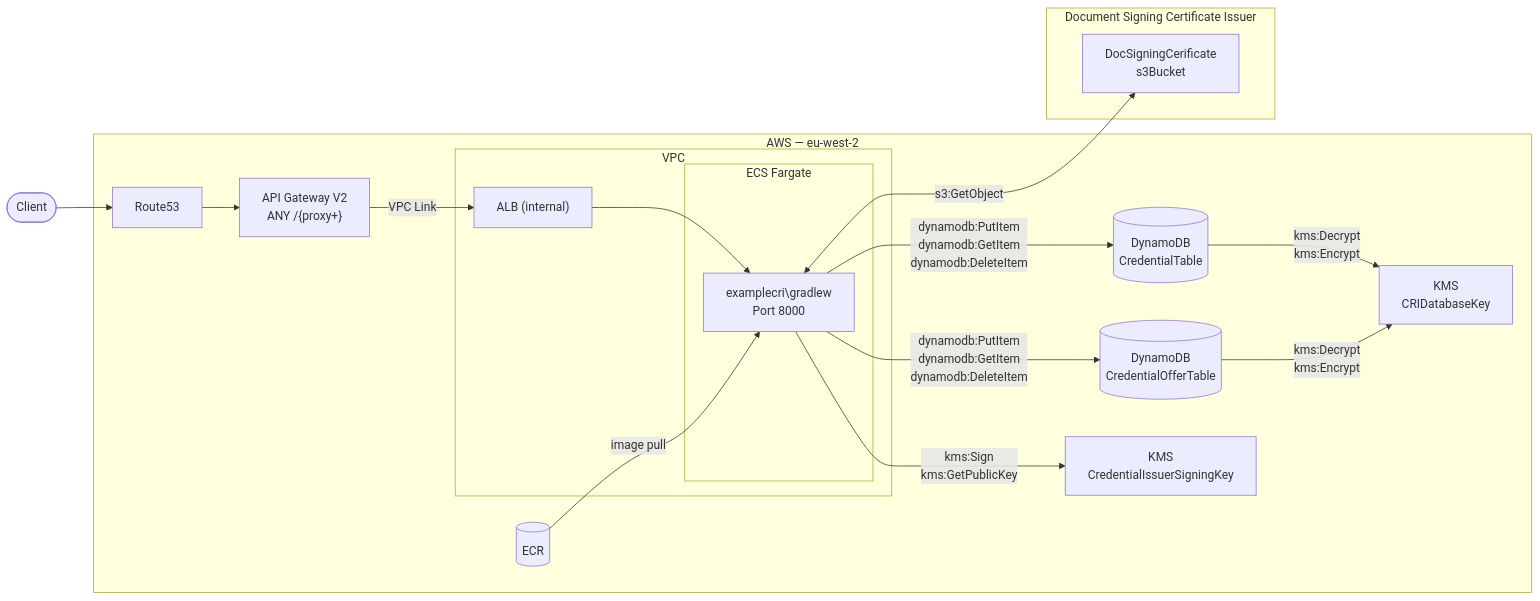
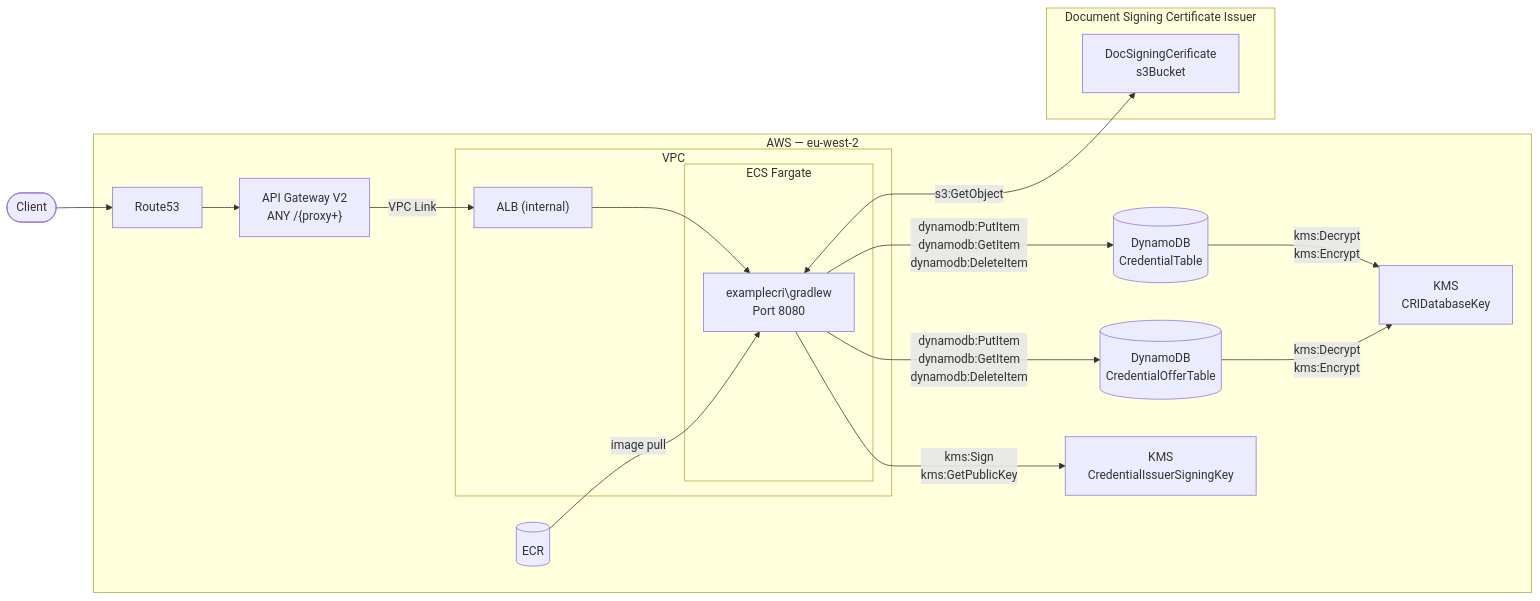
One commit to govuk-one-login/mobile-wallet-example-credential-issuer changed the diagram in example-credential-issuer/docs/infrastructure.md. Above: the diagram before and after it, drawn with Mermaid. The commit also changed 1 other file, not shown here.

Commit message:
docs: rewrite readme for example CRI (#492)
* docs: change title and add version of language

* docs: add version of gradle

* docs: add title to align with other repos readmes

* docs: add pre-commit hooks in cri readme

* docs: aign format

* docs: change deployment section

* docs: change format

* docs: add contributing section

* docs: add a tech stack section

* docs: resolve comments from PR

* docs: resolve comments from PR

* docs: add the correct port in infrastructure.md

* docs: fix ISO mdl

* docs: fix SD-JWT VC

* docs: remove s3

* docs: correct prerequisites

* docs: change format of running locally section as part of Run section

* docs: remove spotlessApply command

* docs: remove spotlessCheck command and added only spotlessApply

````diff
--- a/example-credential-issuer/docs/infrastructure.md
+++ b/example-credential-issuer/docs/infrastructure.md
@@ -5,34 +5,34 @@
 ```mermaid
 flowchart LR
  subgraph ecs["ECS Fargate"]
-        container["examplecri\gradlew\n Port 8000"]
+        container["examplecri\gradlew\n Port 8080"]
   end
  subgraph vpc["VPC"]
         alb["ALB (internal)"]
         ecs
   end
  subgraph aws["AWS — eu-west-2"]
         dns["Route53"]
         agw["API Gateway V2\n ANY /{proxy+}"]
         vpc
         ecr[("ECR")]
         ddb1[("DynamoDB\n CredentialTable")]
         ddb2[("DynamoDB\n CredentialOfferTable")]
         kms1["KMS\n CredentialIssuerSigningKey"]
         kms2["KMS\n CRIDatabaseKey"]
   end
   subgraph dsc["Document Signing Certificate Issuer"]
         dscs3["DocSigningCerificate\n s3Bucket"]
   end
     client(["Client"]) --> dns
     dns --> agw
     agw -- VPC Link --> alb
     alb --> container
     ecr -- image pull --> container
     container -- dynamodb:PutItem\n dynamodb:GetItem\n dynamodb:DeleteItem --> ddb1 & ddb2
     container -- kms:Sign\n kms:GetPublicKey --> kms1
     container <-- s3:GetObject --> dscs3
     ddb1 -- kms:Decrypt\n kms:Encrypt --> kms2
     ddb2 -- kms:Decrypt\n kms:Encrypt --> kms2
 
 ```
````
